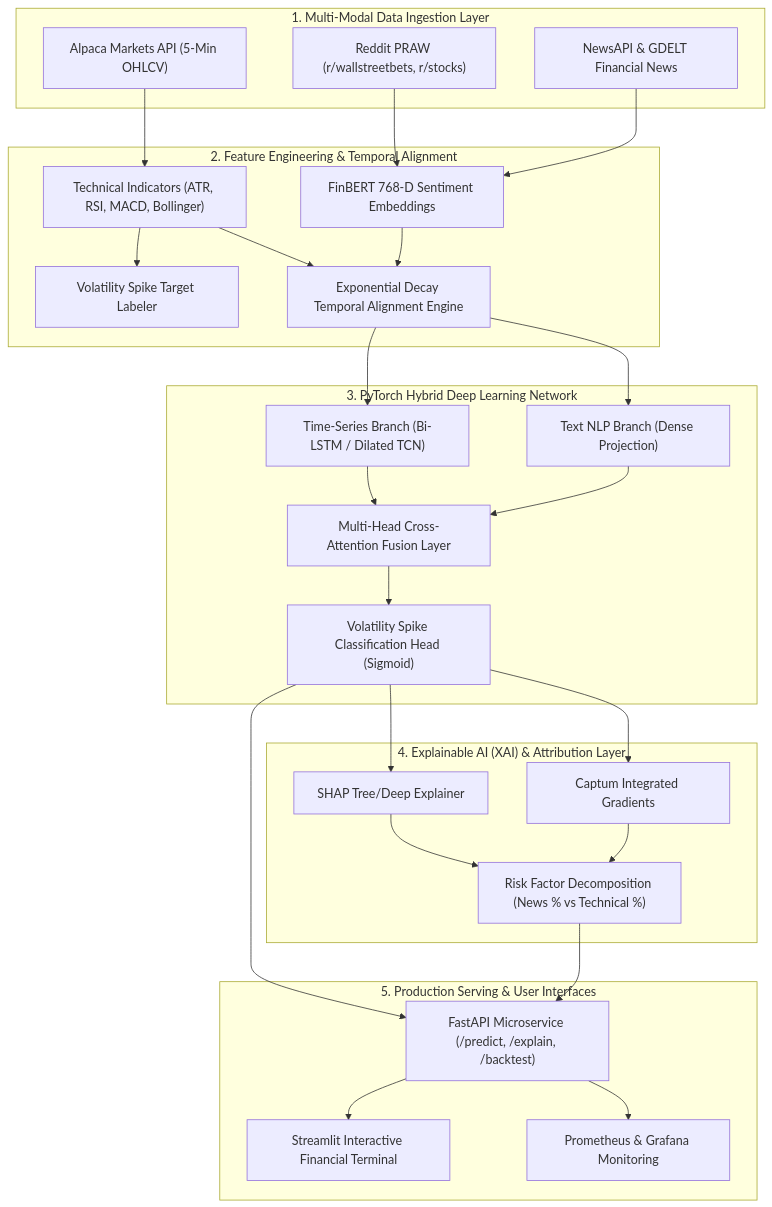
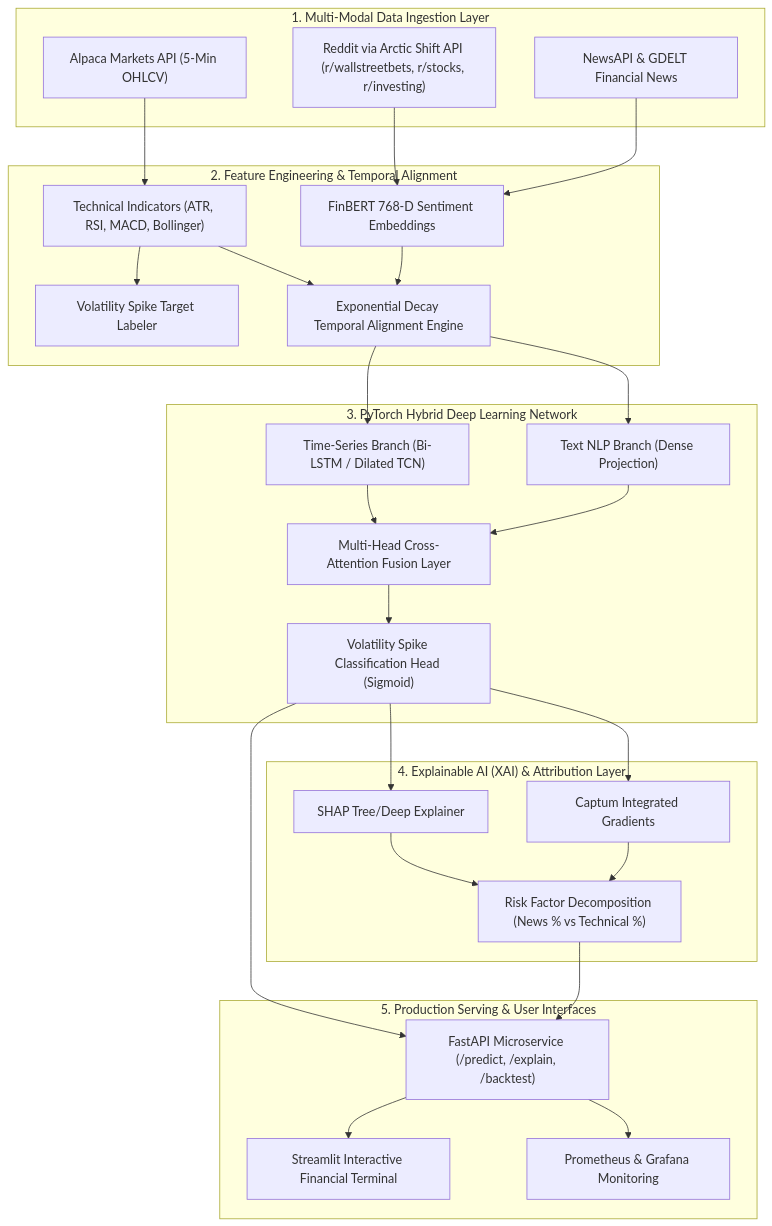
One commit to RaufEksi/MarketPulse-AI changed the diagram in docs/ARCHITECTURE.md. Above: the diagram before and after it, drawn with Mermaid. The commit also changed 13 other files, not shown here.

First line of the commit message:
feat(data-engine): fetch Reddit text from Arctic Shift instead of PRAW

````diff
--- a/docs/ARCHITECTURE.md
+++ b/docs/ARCHITECTURE.md
@@ -9,44 +9,44 @@
 ```mermaid
 flowchart TB
     subgraph DataSources["1. Multi-Modal Data Ingestion Layer"]
         A1["Alpaca Markets API (5-Min OHLCV)"]
-        A2["Reddit PRAW (r/wallstreetbets, r/stocks)"]
+        A2["Reddit via Arctic Shift API (r/wallstreetbets, r/stocks, r/investing)"]
         A3["NewsAPI & GDELT Financial News"]
     end
 
     subgraph FeaturePipeline["2. Feature Engineering & Temporal Alignment"]
         B1["Technical Indicators (ATR, RSI, MACD, Bollinger)"]
         B2["FinBERT 768-D Sentiment Embeddings"]
         B3["Volatility Spike Target Labeler"]
         B4["Exponential Decay Temporal Alignment Engine"]
     end
 
     subgraph HybridModel["3. PyTorch Hybrid Deep Learning Network"]
         C1["Time-Series Branch (Bi-LSTM / Dilated TCN)"]
         C2["Text NLP Branch (Dense Projection)"]
         C3["Multi-Head Cross-Attention Fusion Layer"]
         C4["Volatility Spike Classification Head (Sigmoid)"]
     end
 
     subgraph XAILayer["4. Explainable AI (XAI) & Attribution Layer"]
         D1["SHAP Tree/Deep Explainer"]
         D2["Captum Integrated Gradients"]
         D3["Risk Factor Decomposition (News % vs Technical %)"]
     end
 
     subgraph ServingLayer["5. Production Serving & User Interfaces"]
         E1["FastAPI Microservice (/predict, /explain, /backtest)"]
         E2["Streamlit Interactive Financial Terminal"]
         E3["Prometheus & Grafana Monitoring"]
     end
 
     A1 --> B1
     A2 & A3 --> B2
     B1 --> B3
     B1 & B2 --> B4
     B4 --> C1 & C2
     C1 & C2 --> C3 --> C4
     C4 --> D1 & D2 --> D3
     C4 & D3 --> E1 --> E2
     E1 --> E3
 ```
````
